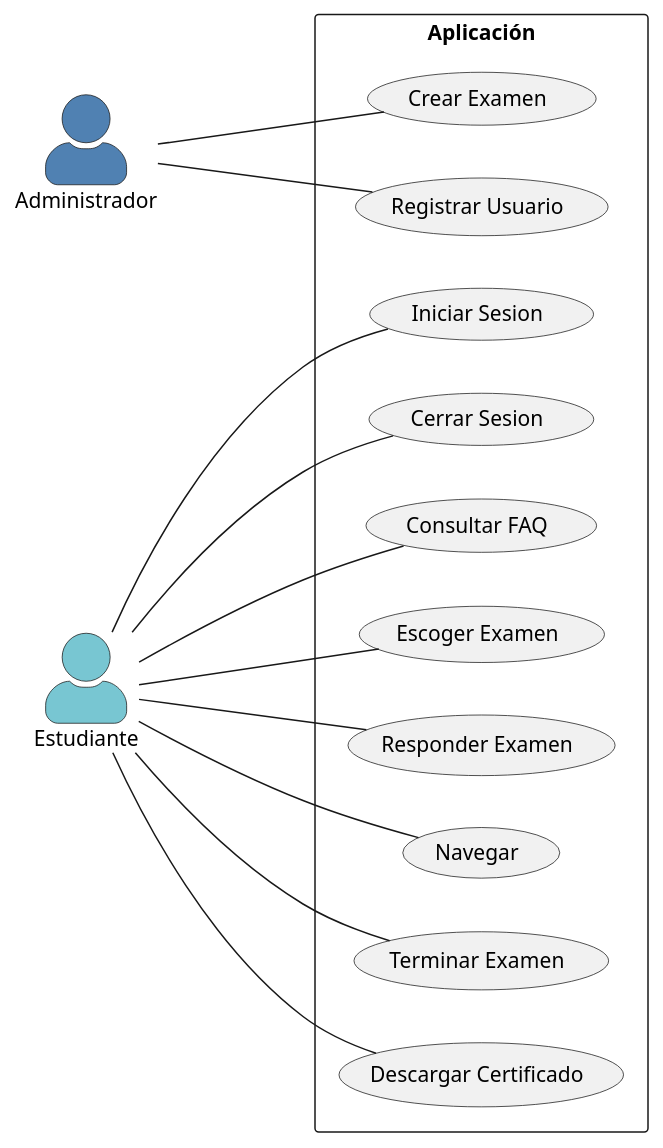
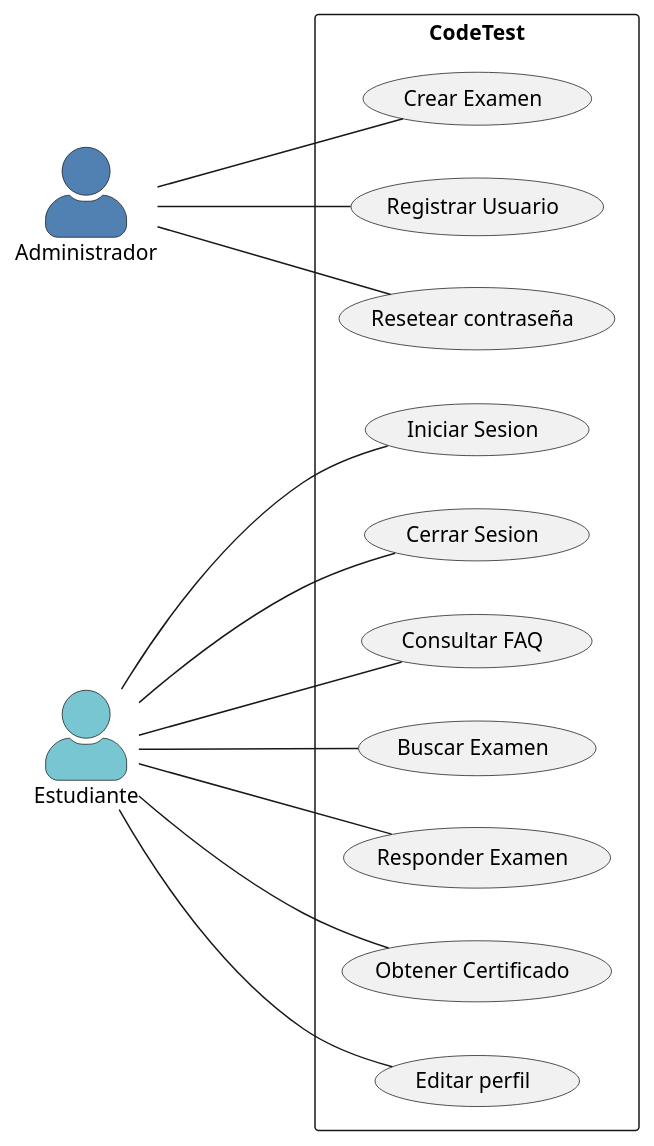
One commit to MiguelCiav/Uhuru changed the diagram in docs/scenariosView/D_Casos.plantuml. Above: the diagram before and after it, drawn with PlantUML. The commit also changed 6 other files, not shown here.

Commit message:
Corrección Diagramas de Modelo de Dominio y Casos de Uso

```diff
--- a/docs/scenariosView/D_Casos.plantuml
+++ b/docs/scenariosView/D_Casos.plantuml
@@ -1,67 +1,51 @@
 @startuml Diagrama_Casos
 
-/'Actores:
-
-1. Estudiante 
-2. Administrador
-
-Casos de uso:
-
-1. Crear examen (Administrador)
-2. Registrar usuario (Administrador)
-3. Iniciar sesion (Estudiante)
-4. Cerrar sesion (Estudiante)
-5. Consultar FAQ (Estudiante)
-6. Escoger tipo de examen (Estudiante)
-7. Responder examen (Estudiante)
-8. Navegar (Estudiante)
-9. Terminar examen (Estudiante)
-10. Descargar certificado (Estudiante)
-
-Casos de uso priorizados:
-
-Crear examen
-Registrar usuario
-Responder examen'/
+/'Diagrama de casos de uso
++ Poner nombre
++ Responder examen contiene navegar y terminar
++ Descargar -> Obtener certificado
+    + User cambia sus datos (Nuevo caso de uso)
+    + Admin cambia contraseña de user (Nuevo caso de uso)
+'/
 
 'PARÁMETROS DE APARIENCIA
 
 skinparam NoteBackgroundColor transparent
 skinparam NoteBorderColor transparent
 skinparam actorStyle awesome
 
 
 'DECLARACIONES
 
-Rectangle Aplicación {
+Rectangle CodeTest {
     "Crear Examen" as (crear_examen)
     "Registrar Usuario" as (registrar_usuario)
     "Iniciar Sesion" as (Iniciar_sesion)
     "Cerrar Sesion" as (Cerrar_sesion)
     "Consultar FAQ" as (consultar_FAQ)
-    "Escoger Examen" as (Escoger_examen)
+    "Buscar Examen" as (Escoger_examen)
     "Responder Examen" as (Responder_Examen)
-    "Navegar" as (Navegar)
-    "Terminar Examen" as (Terminar_Examen)
-    "Descargar Certificado" as (Descargar_Certificado)
+    "Obtener Certificado" as (Obtener_certificado)
+    "Resetear contraseña" as (Resetear_contraseña)
+    "Editar perfil" as (Editar_perfil)
 }
 
 left to right direction
 actor "Administrador" as Administrador #5081B2
 actor "Estudiante" as Estudiante #78C6D2
 
 'RELACIONES
 
 Administrador --- crear_examen
 Administrador --- registrar_usuario
+Administrador --- Resetear_contraseña
 
 Estudiante --- Responder_Examen
 Estudiante --- Iniciar_sesion
 Estudiante --- Cerrar_sesion
 Estudiante --- consultar_FAQ
-Estudiante --- Navegar
-Estudiante --- Terminar_Examen
 Estudiante --- Escoger_examen
-Estudiante --- Descargar_Certificado
+Estudiante --- Obtener_certificado
+Estudiante --- Editar_perfil
 
 @enduml
```
